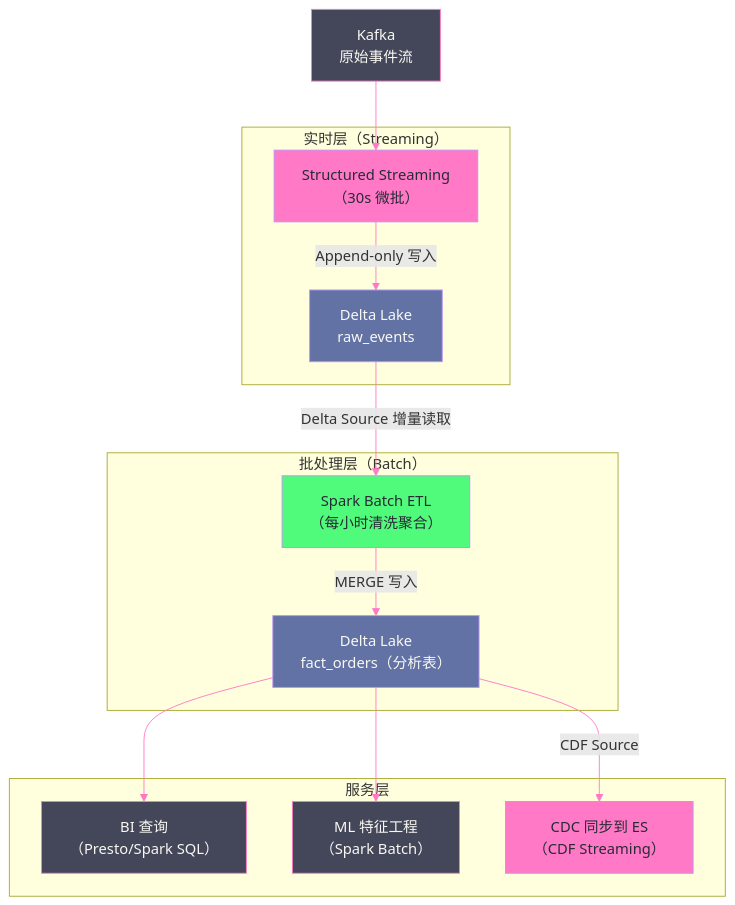
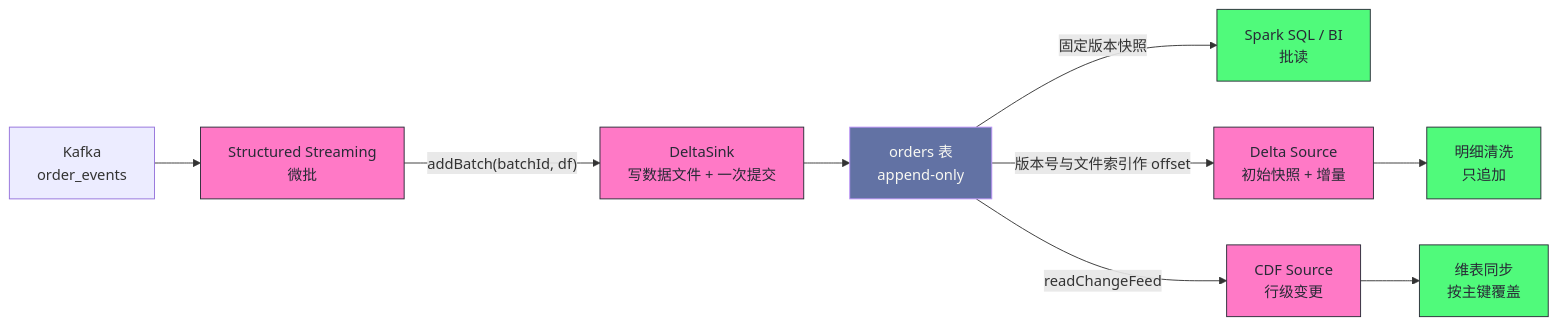
Before and after one commit to hpliStartAgain/my-brain: the first of 5 diagrams in content/大数据/数据湖/Delta-Lake-Lakehouse架构深度解析/08 流批一体：Structured Streaming 写入与读取 Delta Lake.md, drawn with Mermaid. The commit also changed other lines of this file and 259 other files, not shown here.

````diff
--- a/content/大数据/数据湖/Delta-Lake-Lakehouse架构深度解析/08 流批一体：Structured Streaming 写入与读取 Delta Lake.md
+++ b/content/大数据/数据湖/Delta-Lake-Lakehouse架构深度解析/08 流批一体：Structured Streaming 写入与读取 Delta Lake.md
@@ -288,39 +39,18 @@
 ```mermaid
-%%{init: {"theme": "dracula", "themeVariables": {"primaryColor": "#6272a4", "primaryTextColor": "#f8f8f2", "lineColor": "#ff79c6"}}}%%
-graph TD
-    K["Kafka</br>原始事件流"]
-    
-    subgraph RT["实时层（Streaming）"]
-        SS["Structured Streaming</br>（30s 微批）"]
-        DLR["Delta Lake</br>raw_events"]
-    end
-    
-    subgraph BT["批处理层（Batch）"]
-        ETL["Spark Batch ETL</br>（每小时清洗聚合）"]
-        DLA["Delta Lake</br>fact_orders（分析表）"]
-    end
-    
-    subgraph SVC["服务层"]
-        BI["BI 查询</br>（Presto/Spark SQL）"]
-        ML["ML 特征工程</br>（Spark Batch）"]
-        CDC["CDC 同步到 ES</br>（CDF Streaming）"]
-    end
-    
-    K --> SS
-    SS -->|"Append-only 写入"| DLR
-    DLR -->|"Delta Source 增量读取"| ETL
-    ETL -->|"MERGE 写入"| DLA
-    DLA --> BI
-    DLA --> ML
-    DLA -->|"CDF Source"| CDC
-    
-    classDef streaming fill:#ff79c6,stroke:#bd93f9,color:#282a36
+%%{init: {'theme': 'dracula'}}%%
+flowchart LR
+    K["Kafka<br/>order_events"] --> SS["Structured Streaming<br/>微批"]
+    SS -- "addBatch(batchId, df)" --> SINK["DeltaSink<br/>写数据文件 + 一次提交"]
+    SINK --> ORDERS["orders 表<br/>append-only"]
+    ORDERS -- "固定版本快照" --> BI["Spark SQL / BI<br/>批读"]
+    ORDERS -- "版本号与文件索引作 offset" --> SRC["Delta Source<br/>初始快照 + 增量"]
+    ORDERS -- "readChangeFeed" --> CDF["CDF Source<br/>行级变更"]
+    SRC --> F1["明细清洗<br/>只追加"]
+    CDF --> F2["维表同步<br/>按主键覆盖"]
+    classDef stream fill:#ff79c6,stroke:#282a36,color:#282a36
     classDef delta fill:#6272a4,stroke:#bd93f9,color:#f8f8f2
-    classDef batch fill:#50fa7b,stroke:#bd93f9,color:#282a36
-    classDef svc fill:#44475a,stroke:#ff79c6,color:#f8f8f2
-    
-    class SS,CDC streaming
-    class DLR,DLA delta
-    class ETL,BI,ML batch
-    class K,BI,ML svc
+    classDef out fill:#50fa7b,stroke:#282a36,color:#282a36
+    class SS,SINK,SRC,CDF stream
+    class ORDERS delta
+    class BI,F1,F2 out
 ```
````
